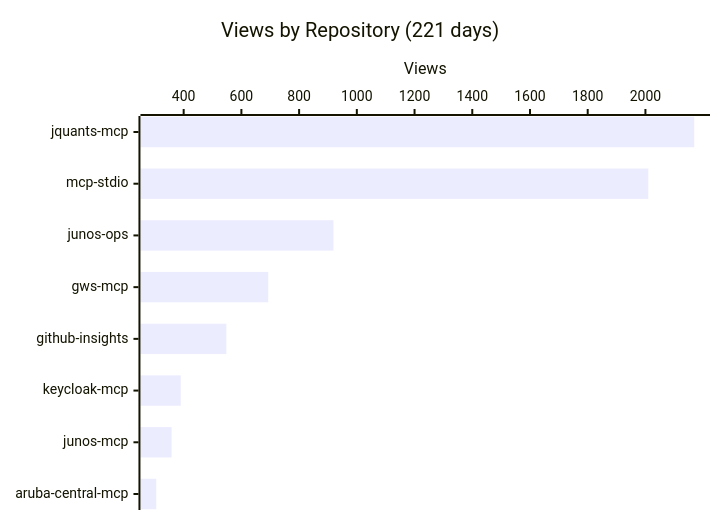
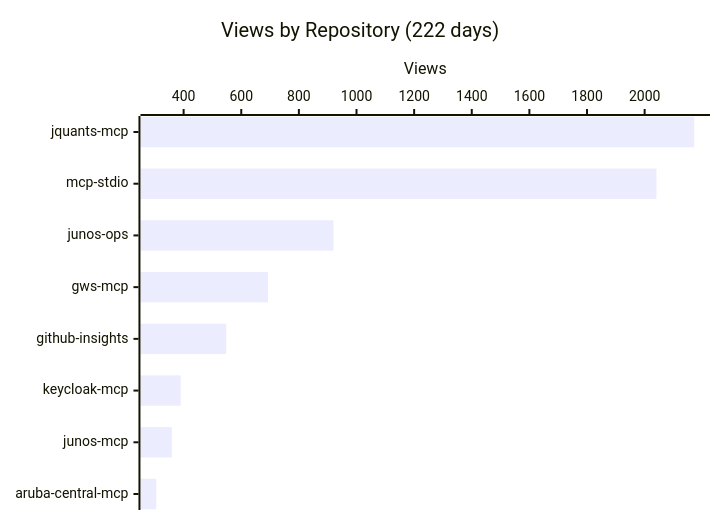
The first of 4 diagrams in README.md (shigechika/github-insights), drawn with Mermaid before and after one commit. The commit also changed other lines of this file and 1 other file, not shown here.

````diff
--- a/README.md
+++ b/README.md
@@ -18,7 +18,7 @@
 ```mermaid
 xychart-beta horizontal
-    title "Views by Repository (221 days)"
+    title "Views by Repository (222 days)"
     x-axis ["jquants-mcp", "mcp-stdio", "junos-ops", "gws-mcp", "github-insights", "keycloak-mcp", "junos-mcp", "aruba-central-mcp"]
     y-axis "Views"
-    bar [2169, 2010, 919, 693, 548, 390, 358, 305]
+    bar [2172, 2041, 920, 693, 548, 390, 359, 305]
 ```
````
